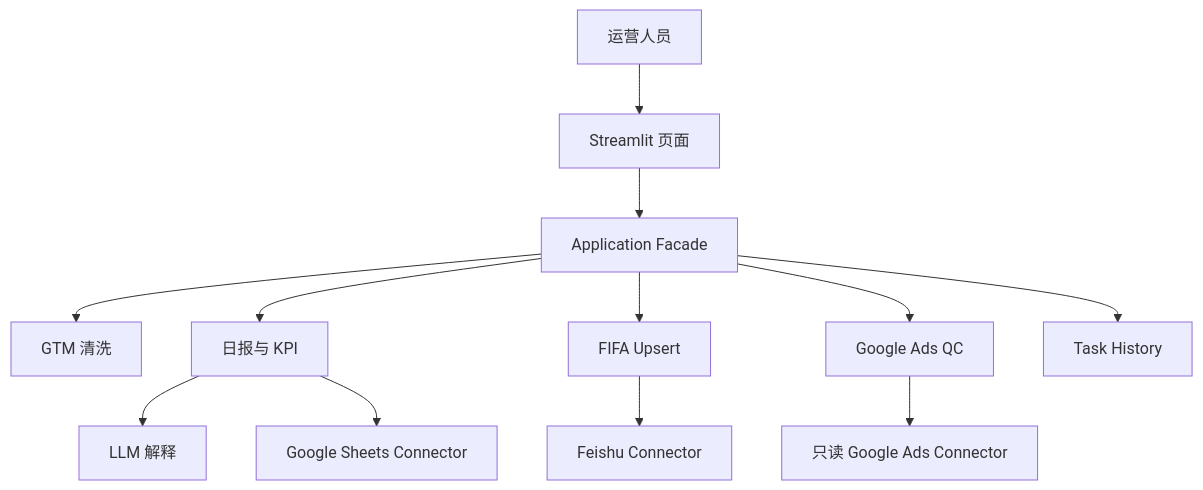
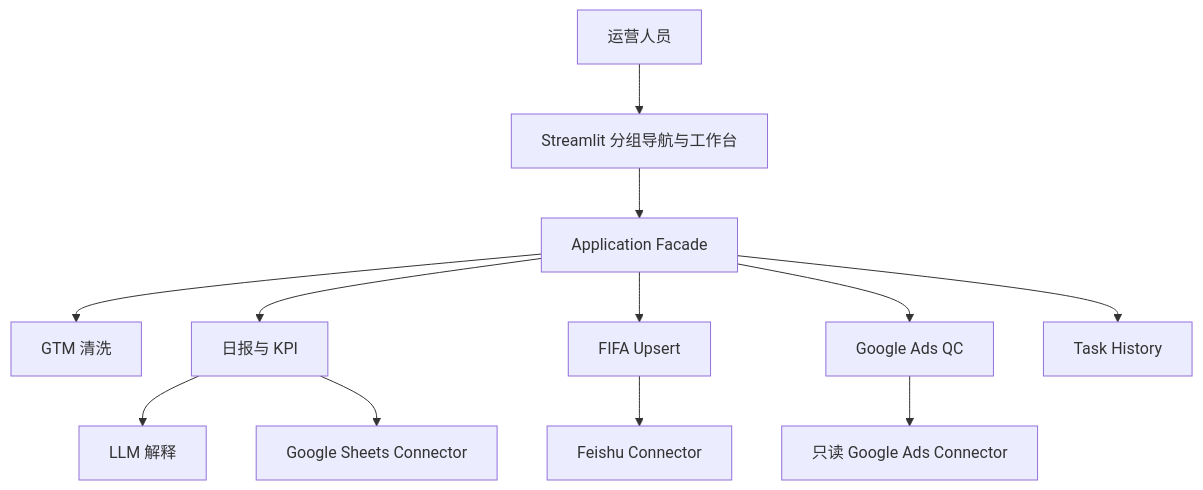
The diagram in docs/ARCHITECTURE_CN.md (xiaobailanka/marketing-ops-ai-agent), drawn with Mermaid before and after one commit. The commit also changed other lines of this file and 23 other files, not shown here.

````diff
--- a/docs/ARCHITECTURE_CN.md
+++ b/docs/ARCHITECTURE_CN.md
@@ -7,14 +7,14 @@
 ```mermaid
 flowchart TD
-    A[运营人员] --> B[Streamlit 页面]
+    A[运营人员] --> B[Streamlit 分组导航与工作台]
     B --> C[Application Facade]
     C --> D[GTM 清洗]
     C --> E[日报与 KPI]
     C --> F[FIFA Upsert]
     C --> G[Google Ads QC]
     E --> H[LLM 解释]
     F --> I[Feishu Connector]
     E --> J[Google Sheets Connector]
     G --> K[只读 Google Ads Connector]
     C --> L[Task History]
 ```
````
